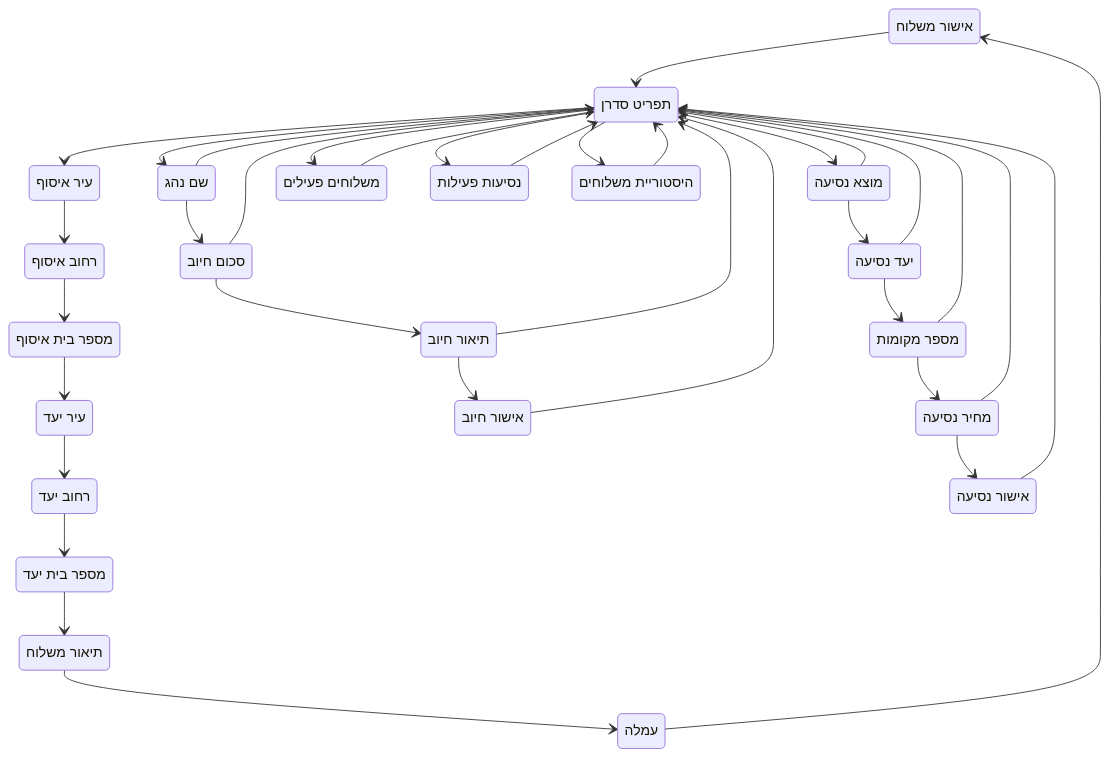
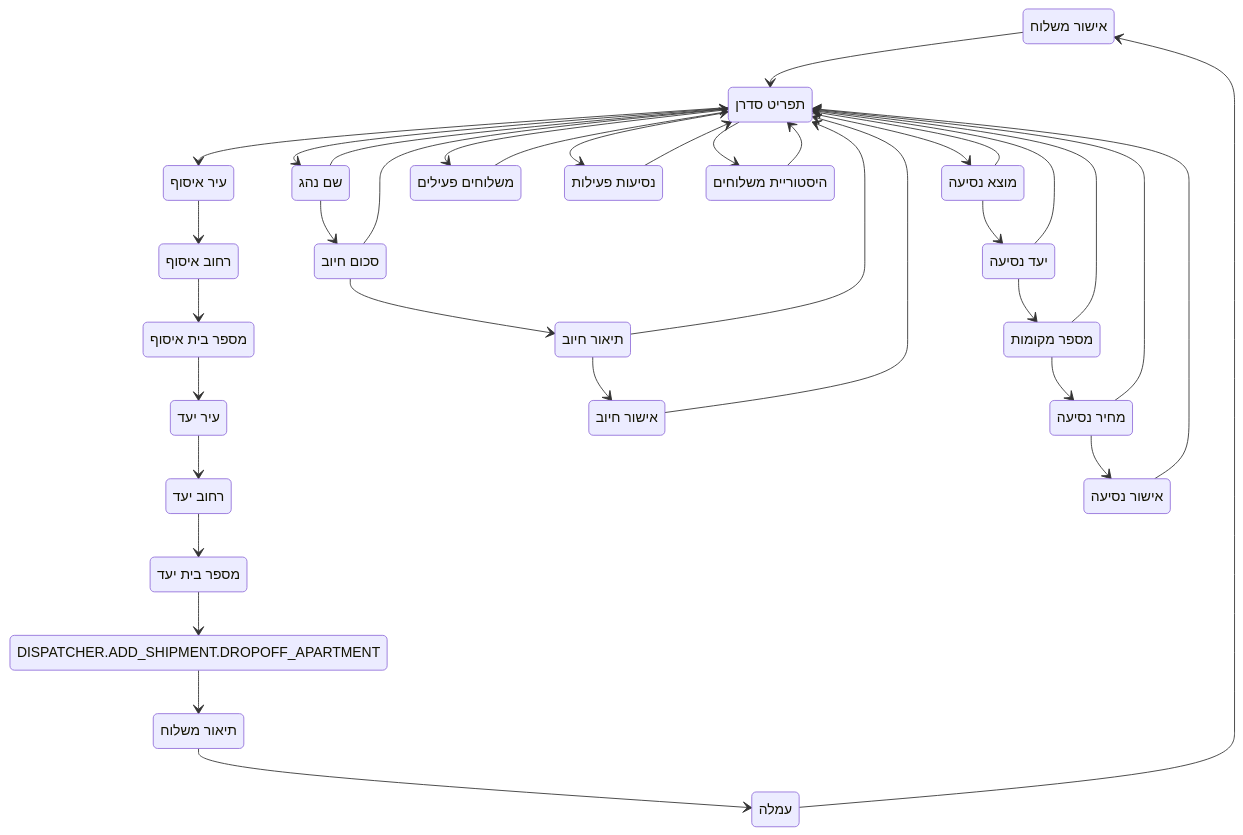
Before and after one commit to amirbiron/Shipment-bot: the third of 6 diagrams in CLAUDE.md, drawn with Mermaid.

Commit message:
עדכון דיאגרמות state machine ב-CLAUDE.md — סנכרון עם state חדש DROPOFF_APARTMENT
https://claude.ai/code/session_01T3bqp9NmyJaQ2nwbxefZBe

````diff
--- a/CLAUDE.md
+++ b/CLAUDE.md
@@ -142,61 +142,63 @@
 ```mermaid
 stateDiagram-v2
     DISPATCHER_ADD_SHIPMENT_CONFIRM : אישור משלוח
     DISPATCHER_ADD_SHIPMENT_DESCRIPTION : תיאור משלוח
+    DISPATCHER_ADD_SHIPMENT_DROPOFF_APARTMENT : DISPATCHER.ADD_SHIPMENT.DROPOFF_APARTMENT
     DISPATCHER_ADD_SHIPMENT_DROPOFF_CITY : עיר יעד
     DISPATCHER_ADD_SHIPMENT_DROPOFF_NUMBER : מספר בית יעד
     DISPATCHER_ADD_SHIPMENT_DROPOFF_STREET : רחוב יעד
     DISPATCHER_ADD_SHIPMENT_FEE : עמלה
     DISPATCHER_ADD_SHIPMENT_PICKUP_CITY : עיר איסוף
     DISPATCHER_ADD_SHIPMENT_PICKUP_NUMBER : מספר בית איסוף
     DISPATCHER_ADD_SHIPMENT_PICKUP_STREET : רחוב איסוף
     DISPATCHER_MANUAL_CHARGE_AMOUNT : סכום חיוב
     DISPATCHER_MANUAL_CHARGE_CONFIRM : אישור חיוב
     DISPATCHER_MANUAL_CHARGE_DESCRIPTION : תיאור חיוב
     DISPATCHER_MANUAL_CHARGE_DRIVER_NAME : שם נהג
     DISPATCHER_MENU : תפריט סדרן
     DISPATCHER_POST_RIDE_CONFIRM : אישור נסיעה
     DISPATCHER_POST_RIDE_DESTINATION : יעד נסיעה
     DISPATCHER_POST_RIDE_ORIGIN : מוצא נסיעה
     DISPATCHER_POST_RIDE_PRICE : מחיר נסיעה
     DISPATCHER_POST_RIDE_SEATS : מספר מקומות
     DISPATCHER_VIEW_ACTIVE_SHIPMENTS : משלוחים פעילים
     DISPATCHER_VIEW_POSTED_RIDES : נסיעות פעילות
     DISPATCHER_VIEW_SHIPMENT_HISTORY : היסטוריית משלוחים
 
 
     DISPATCHER_MENU --> DISPATCHER_ADD_SHIPMENT_PICKUP_CITY
     DISPATCHER_MENU --> DISPATCHER_VIEW_ACTIVE_SHIPMENTS
     DISPATCHER_MENU --> DISPATCHER_VIEW_SHIPMENT_HISTORY
     DISPATCHER_MENU --> DISPATCHER_MANUAL_CHARGE_DRIVER_NAME
     DISPATCHER_MENU --> DISPATCHER_POST_RIDE_ORIGIN
     DISPATCHER_MENU --> DISPATCHER_VIEW_POSTED_RIDES
     DISPATCHER_ADD_SHIPMENT_PICKUP_CITY --> DISPATCHER_ADD_SHIPMENT_PICKUP_STREET
     DISPATCHER_ADD_SHIPMENT_PICKUP_STREET --> DISPATCHER_ADD_SHIPMENT_PICKUP_NUMBER
     DISPATCHER_ADD_SHIPMENT_PICKUP_NUMBER --> DISPATCHER_ADD_SHIPMENT_DROPOFF_CITY
     DISPATCHER_ADD_SHIPMENT_DROPOFF_CITY --> DISPATCHER_ADD_SHIPMENT_DROPOFF_STREET
     DISPATCHER_ADD_SHIPMENT_DROPOFF_STREET --> DISPATCHER_ADD_SHIPMENT_DROPOFF_NUMBER
-    DISPATCHER_ADD_SHIPMENT_DROPOFF_NUMBER --> DISPATCHER_ADD_SHIPMENT_DESCRIPTION
+    DISPATCHER_ADD_SHIPMENT_DROPOFF_NUMBER --> DISPATCHER_ADD_SHIPMENT_DROPOFF_APARTMENT
+    DISPATCHER_ADD_SHIPMENT_DROPOFF_APARTMENT --> DISPATCHER_ADD_SHIPMENT_DESCRIPTION
     DISPATCHER_ADD_SHIPMENT_DESCRIPTION --> DISPATCHER_ADD_SHIPMENT_FEE
     DISPATCHER_ADD_SHIPMENT_FEE --> DISPATCHER_ADD_SHIPMENT_CONFIRM
     DISPATCHER_ADD_SHIPMENT_CONFIRM --> DISPATCHER_MENU
     DISPATCHER_VIEW_ACTIVE_SHIPMENTS --> DISPATCHER_MENU
     DISPATCHER_VIEW_SHIPMENT_HISTORY --> DISPATCHER_MENU
     DISPATCHER_MANUAL_CHARGE_DRIVER_NAME --> DISPATCHER_MANUAL_CHARGE_AMOUNT
     DISPATCHER_MANUAL_CHARGE_DRIVER_NAME --> DISPATCHER_MENU
     DISPATCHER_MANUAL_CHARGE_AMOUNT --> DISPATCHER_MANUAL_CHARGE_DESCRIPTION
     DISPATCHER_MANUAL_CHARGE_AMOUNT --> DISPATCHER_MENU
     DISPATCHER_MANUAL_CHARGE_DESCRIPTION --> DISPATCHER_MANUAL_CHARGE_CONFIRM
     DISPATCHER_MANUAL_CHARGE_DESCRIPTION --> DISPATCHER_MENU
     DISPATCHER_MANUAL_CHARGE_CONFIRM --> DISPATCHER_MENU
     DISPATCHER_POST_RIDE_ORIGIN --> DISPATCHER_POST_RIDE_DESTINATION
     DISPATCHER_POST_RIDE_ORIGIN --> DISPATCHER_MENU
     DISPATCHER_POST_RIDE_DESTINATION --> DISPATCHER_POST_RIDE_SEATS
     DISPATCHER_POST_RIDE_DESTINATION --> DISPATCHER_MENU
     DISPATCHER_POST_RIDE_SEATS --> DISPATCHER_POST_RIDE_PRICE
     DISPATCHER_POST_RIDE_SEATS --> DISPATCHER_MENU
     DISPATCHER_POST_RIDE_PRICE --> DISPATCHER_POST_RIDE_CONFIRM
     DISPATCHER_POST_RIDE_PRICE --> DISPATCHER_MENU
     DISPATCHER_POST_RIDE_CONFIRM --> DISPATCHER_MENU
     DISPATCHER_VIEW_POSTED_RIDES --> DISPATCHER_MENU
 ```
````
